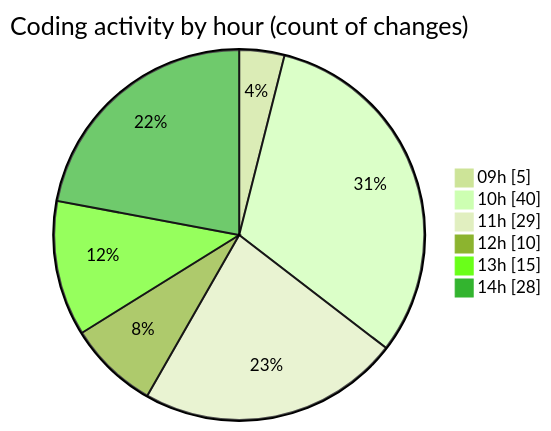
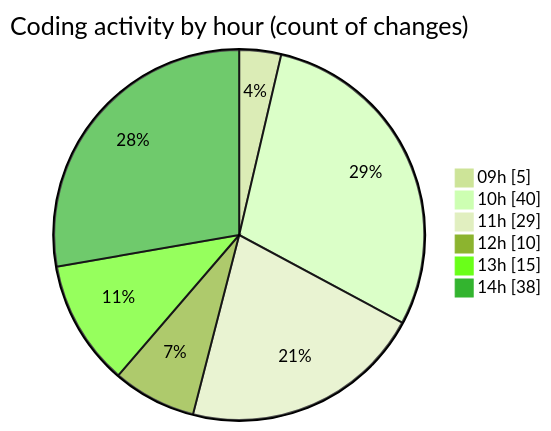
The second of 2 diagrams in 2025-06-02/ecodeli-1/README.md (CELIANVF/code-tracking), drawn with Mermaid (forest theme) before and after one commit. The commit also changed other lines of this file and 1 other file, not shown here.

````diff
--- a/2025-06-02/ecodeli-1/README.md
+++ b/2025-06-02/ecodeli-1/README.md
@@ -87,10 +90,10 @@
 ```mermaid
 pie showData
 title Coding activity by hour (count of changes)
 "09h" : 5
 "10h" : 40
 "11h" : 29
 "12h" : 10
 "13h" : 15
-"14h" : 28
+"14h" : 38
 ```
````
